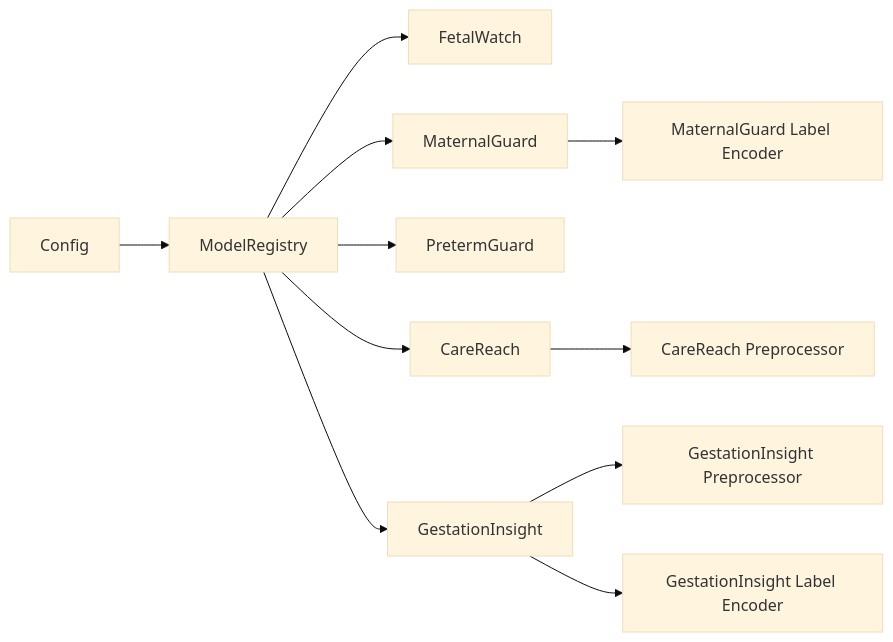
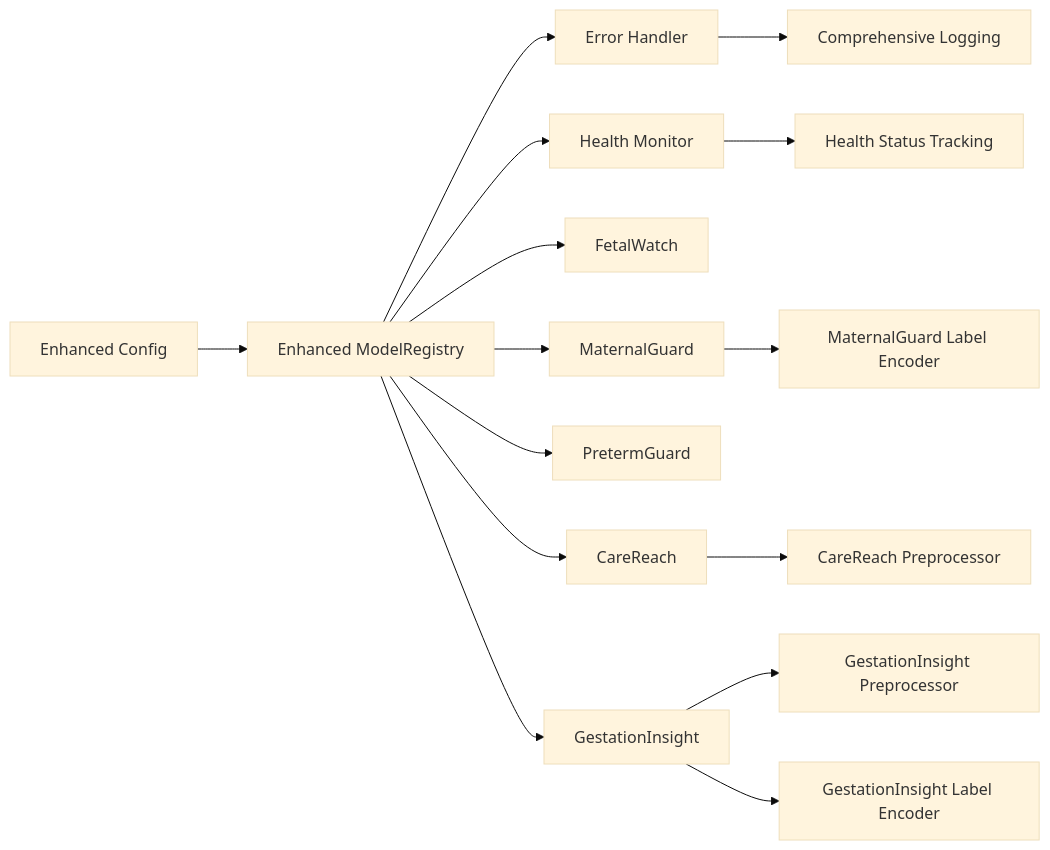
The tenth of 10 diagrams in .qoder/repowiki/en/content/Machine Learning Models/Machine Learning Models.md (Zafar488/MaHifzat-Ai), drawn with Mermaid (base theme) before and after one commit. The commit also changed other lines of this file and 360 other files, not shown here.

````diff
--- a/.qoder/repowiki/en/content/Machine Learning Models/Machine Learning Models.md
+++ b/.qoder/repowiki/en/content/Machine Learning Models/Machine Learning Models.md
@@ -377,13 +447,17 @@
 ```mermaid
 graph LR
-CFG["Config"] --> MR["ModelRegistry"]
+CFG["Enhanced Config"] --> MR["Enhanced ModelRegistry"]
+MR --> EH["Error Handler"]
+MR --> HM["Health Monitor"]
 MR --> FW["FetalWatch"]
 MR --> MG["MaternalGuard"]
 MR --> PG["PretermGuard"]
 MR --> CR["CareReach"]
 MR --> GI["GestationInsight"]
 CR --> CR_PREP["CareReach Preprocessor"]
 GI --> GI_PREP["GestationInsight Preprocessor"]
 MG --> MG_LE["MaternalGuard Label Encoder"]
 GI --> GI_LE["GestationInsight Label Encoder"]
+EH --> LOG["Comprehensive Logging"]
+HM --> STATUS["Health Status Tracking"]
 ```
````
